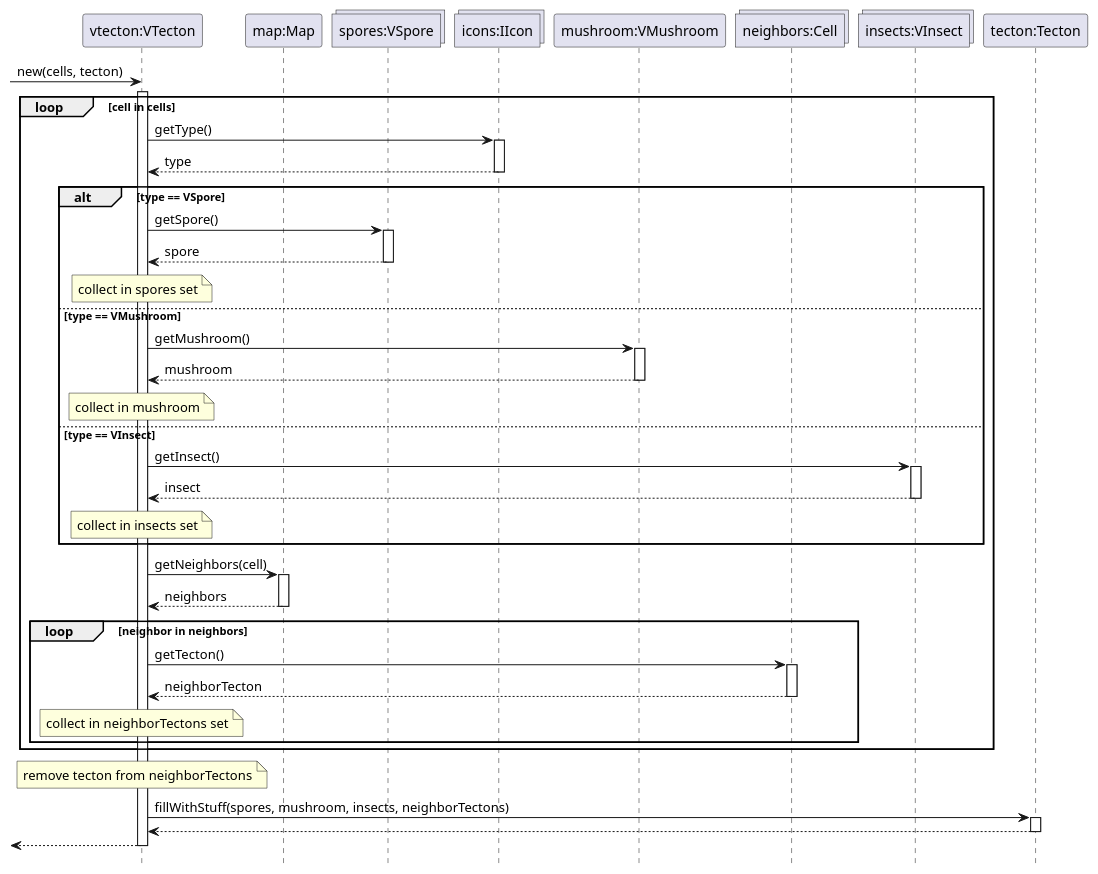
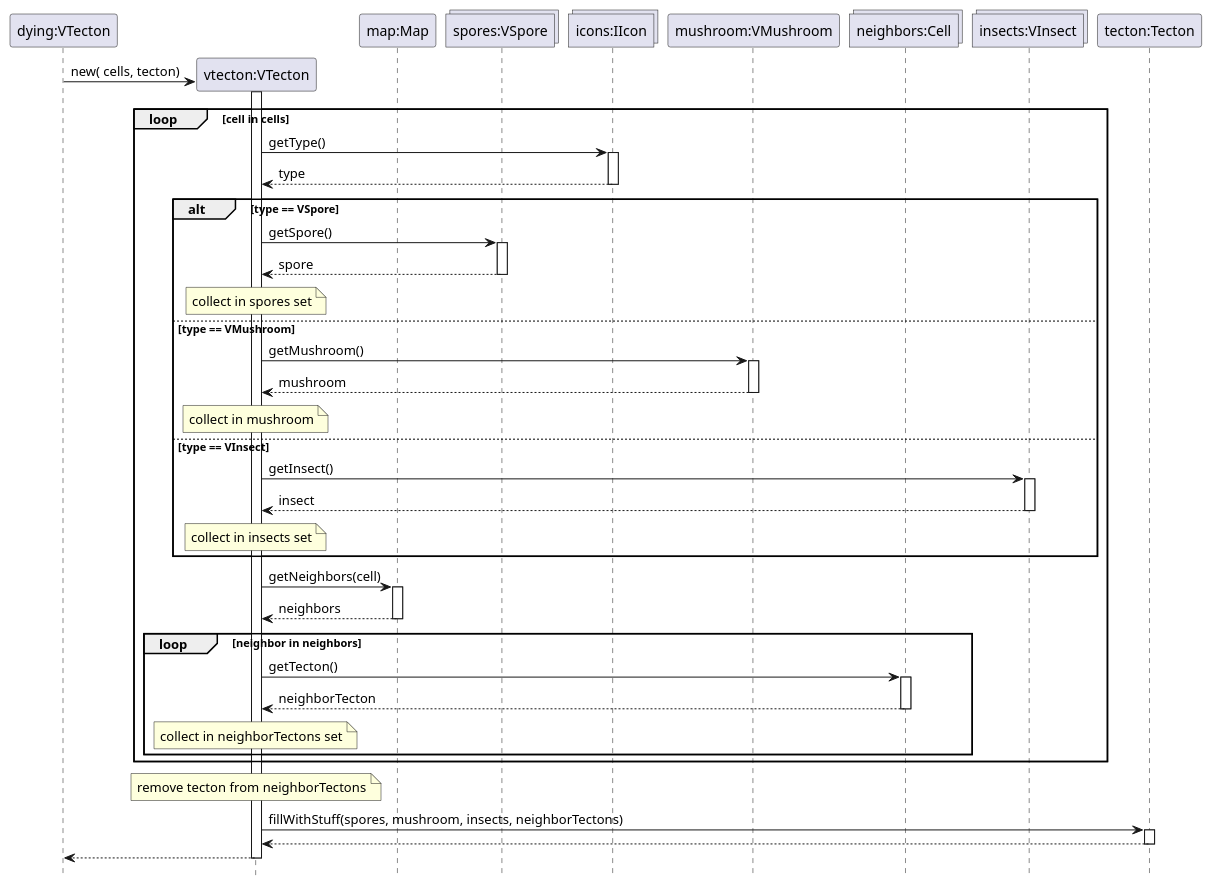
One commit to ZD4ve/projlab-error521 changed the diagram in GuiPlan/vtectonctor.puml. Above: the diagram before and after it, drawn with PlantUML. The commit also changed 3 other files, not shown here.

```diff
--- a/GuiPlan/vtectonctor.puml
+++ b/GuiPlan/vtectonctor.puml
@@ -1,72 +1,73 @@
-@startuml
+@startuml VTectonCtor
 hide footbox
 
+participant "dying:VTecton" as dying
 participant "vtecton:VTecton" as vtecton
 participant "map:Map" as map
 collections "spores:VSpore" as spores
 collections "icons:IIcon" as icons
 participant "mushroom:VMushroom" as mushroom
 collections "neighbors:Cell" as neighbors
 collections "insects:VInsect" as insects
 participant "tecton:Tecton" as tecton
 
 create vtecton
--> vtecton : new(cells, tecton)
+dying -> vtecton : new( cells, tecton)
 activate vtecton
 
 loop cell in cells
     vtecton -> icons : getType()
     activate icons
 
     return type
 
     alt type == VSpore
         vtecton -> spores : getSpore()
         activate spores
 
         return spore
 
         note over vtecton : collect in spores set
     
 
     else type == VMushroom
         vtecton -> mushroom : getMushroom()
         activate mushroom
 
         return mushroom
         
         note over vtecton : collect in mushroom 
     
 
     else type == VInsect
         vtecton -> insects : getInsect()
         activate insects
 
         return insect
 
         note over vtecton : collect in insects set
     end
 
     vtecton -> map : getNeighbors(cell)
     activate map
 
     return neighbors
 
     loop neighbor in neighbors
         vtecton -> neighbors : getTecton()
         activate neighbors
 
         return neighborTecton
     
         note over vtecton : collect in neighborTectons set
     end
 end
 
 note over vtecton : remove tecton from neighborTectons
 
 vtecton -> tecton : fillWithStuff(spores, mushroom, insects, neighborTectons)
 activate tecton
 return
 
 return
 @enduml
```
